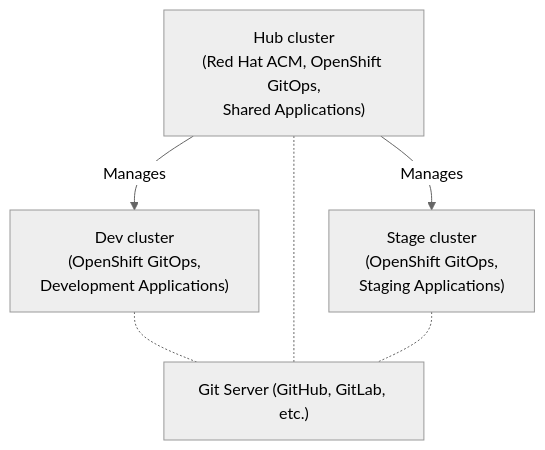
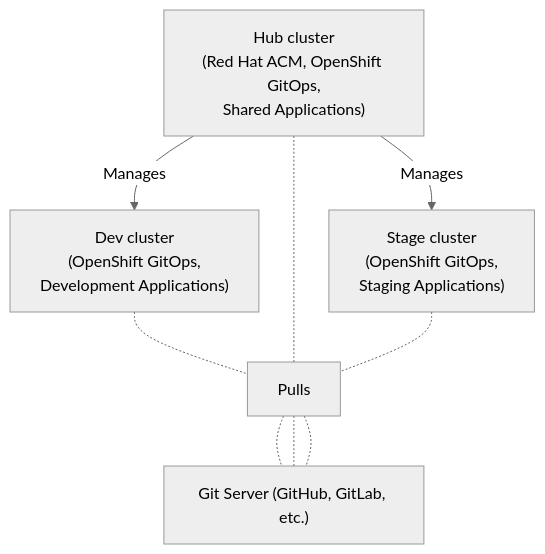
The first of 2 diagrams in profile/README.md (hello-world-gitops/.github), drawn with Mermaid (neutral theme) before and after one commit.

Commit message:
Add label to Git server links

````diff
--- a/profile/README.md
+++ b/profile/README.md
@@ -20,8 +20,8 @@
 ```mermaid
 graph TD
         Hub["Hub cluster<br />(Red Hat ACM, OpenShift GitOps,<br />Shared Applications)"] -- Manages --> Dev["Dev cluster<br />(OpenShift GitOps,<br />Development Applications)"]
         Hub -- Manages --> Stage["Stage cluster<br />(OpenShift GitOps,<br />Staging Applications)"]
-        Dev -.- Git
-        Hub -.- Git["Git Server (GitHub, GitLab, etc.)"]
-        Stage -.- Git
+        Dev -.- Pulls -.- Git
+        Hub -.- Pulls -.- Git["Git Server (GitHub, GitLab, etc.)"]
+        Stage -.- Pulls -.- Git
 ```
````
